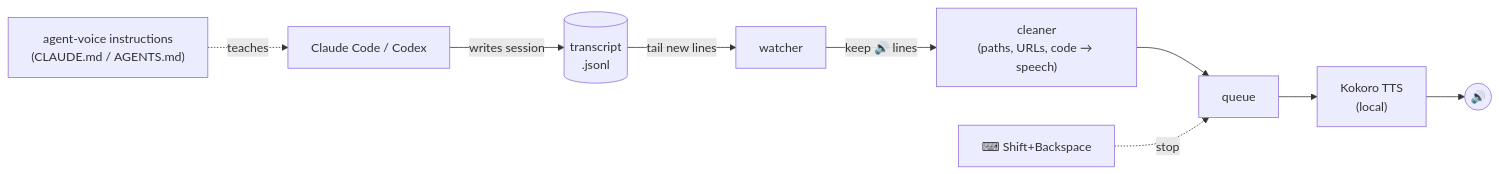
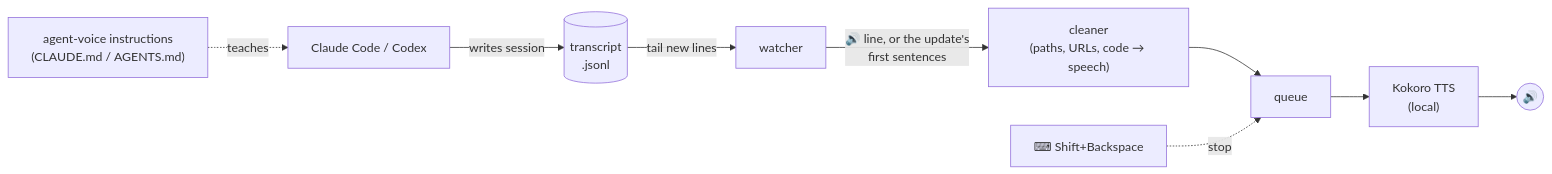
The diagram in README.md (Yugendiran/agent-voice), drawn with Mermaid before and after one commit. The commit also changed other lines of this file and 6 other files, not shown here.

````diff
--- a/README.md
+++ b/README.md
@@ -229,11 +229,11 @@
 ```mermaid
 flowchart LR
     I["agent-voice instructions<br/>(CLAUDE.md / AGENTS.md)"] -. teaches .-> A
     A["Claude Code / Codex"] -->|writes session| T[("transcript<br/>.jsonl")]
     T -->|tail new lines| W["watcher"]
-    W -->|keep 🔊 lines| C["cleaner<br/>(paths, URLs, code → speech)"]
+    W -->|🔊 line, or the update's<br/>first sentences| C["cleaner<br/>(paths, URLs, code → speech)"]
     C --> Q["queue"]
     Q --> K["Kokoro TTS<br/>(local)"]
     K --> S(("🔊"))
     H["⌨ Shift+Backspace"] -. stop .-> Q
 ```
````
